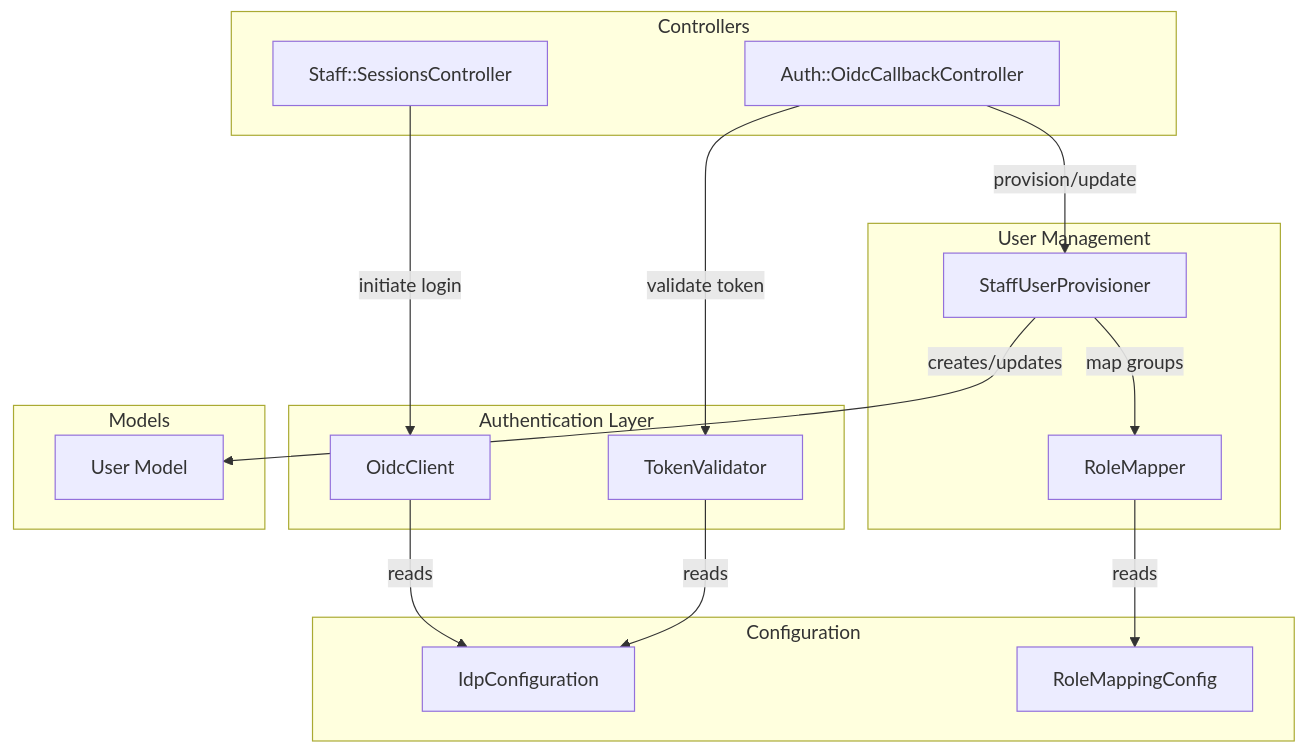
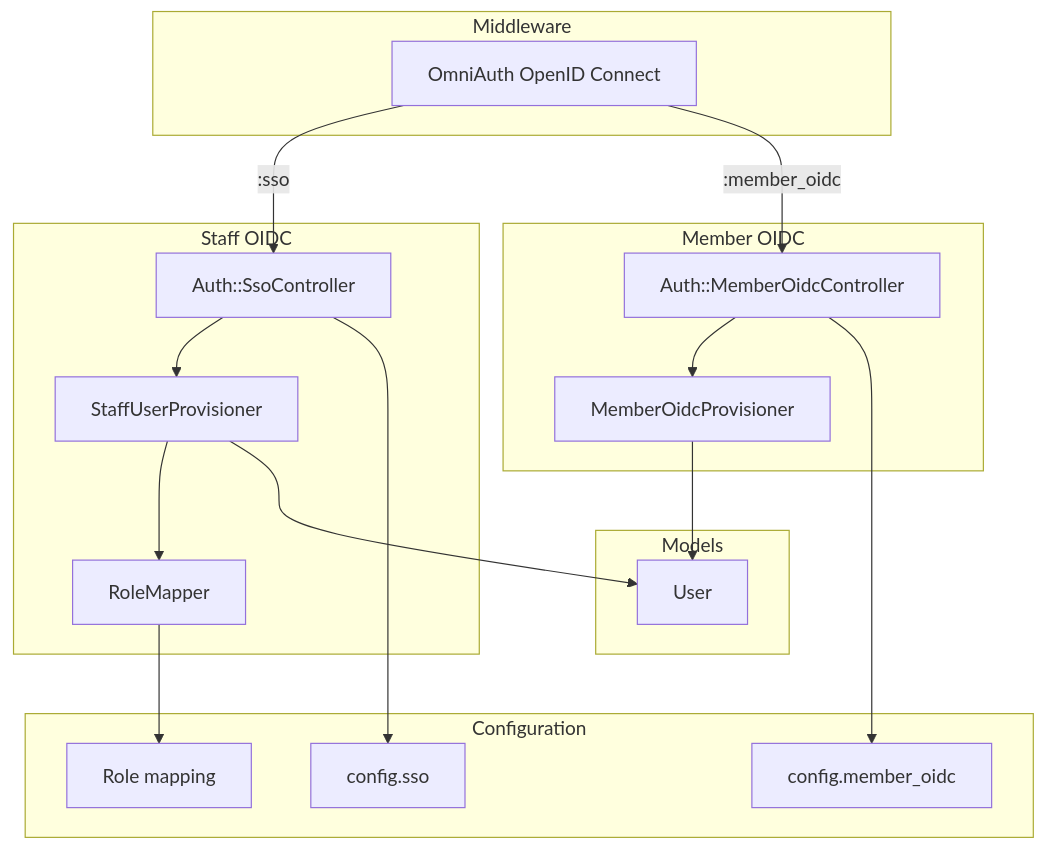
Before and after one commit to navapbc/oscer: the third of 5 diagrams in docs/architecture/staff-sso/staff-sso.md, drawn with Mermaid. The commit also changed other lines of this file and 1 other file, not shown here.

First line of the commit message:
create member sso spec and update staff sso spec (#321)

````diff
--- a/docs/architecture/staff-sso/staff-sso.md
+++ b/docs/architecture/staff-sso/staff-sso.md
@@ -63,35 +96,38 @@
 ```mermaid
 flowchart TB
-    subgraph Controllers["Controllers"]
-        SessionsController[Staff::SessionsController]
-        CallbackController[Auth::OidcCallbackController]
+    subgraph Middleware["Middleware"]
+        OmniAuth[OmniAuth OpenID Connect]
     end
 
-    subgraph Auth["Authentication Layer"]
-        OidcClient[OidcClient]
-        TokenValidator[TokenValidator]
-    end
-
-    subgraph UserMgmt["User Management"]
-        UserProvisioner[StaffUserProvisioner]
+    subgraph StaffFlow["Staff OIDC"]
+        SsoController[Auth::SsoController]
+        StaffProvisioner[StaffUserProvisioner]
         RoleMapper[RoleMapper]
     end
 
+    subgraph MemberFlow["Member OIDC"]
+        MemberOidcController[Auth::MemberOidcController]
+        MemberProvisioner[MemberOidcProvisioner]
+    end
+
     subgraph Config["Configuration"]
-        IdpConfig[IdpConfiguration]
-        RoleMapping[RoleMappingConfig]
+        SsoConfig[config.sso]
+        MemberOidcConfig[config.member_oidc]
+        RoleMapping[Role mapping]
     end
 
     subgraph Models["Models"]
-        User[User Model]
+        User[User]
     end
 
-    SessionsController -->|"initiate login"| OidcClient
-    OidcClient -->|"reads"| IdpConfig
-    CallbackController -->|"validate token"| TokenValidator
-    TokenValidator -->|"reads"| IdpConfig
-    CallbackController -->|"provision/update"| UserProvisioner
-    UserProvisioner -->|"map groups"| RoleMapper
-    RoleMapper -->|"reads"| RoleMapping
-    UserProvisioner -->|"creates/updates"| User
+    OmniAuth -->|":sso"| SsoController
+    OmniAuth -->|":member_oidc"| MemberOidcController
+    SsoController --> StaffProvisioner
+    StaffProvisioner --> RoleMapper
+    StaffProvisioner --> User
+    RoleMapper --> RoleMapping
+    SsoController --> SsoConfig
+    MemberOidcController --> MemberProvisioner
+    MemberOidcController --> MemberOidcConfig
+    MemberProvisioner --> User
 ```
````
